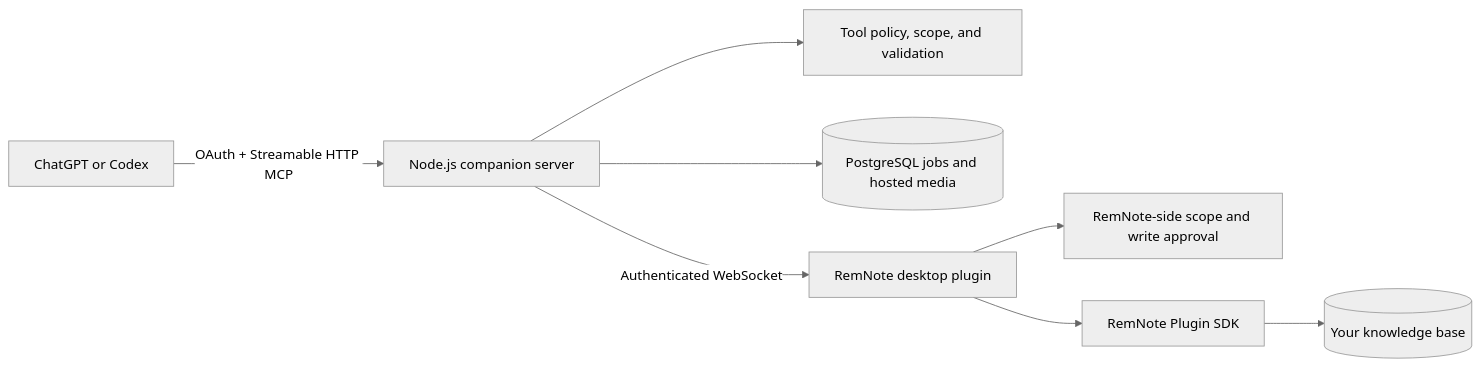
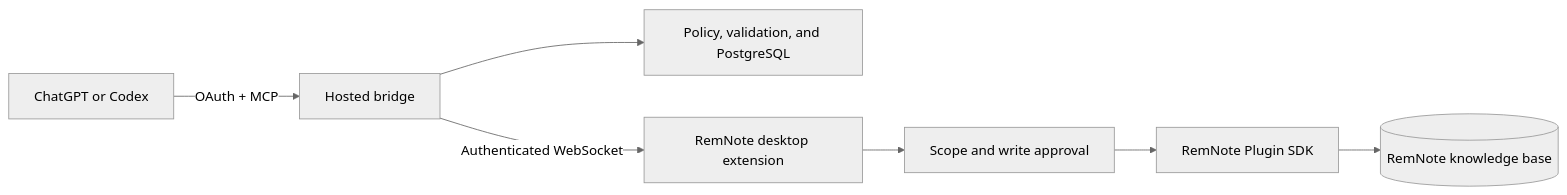
Before and after one commit to HTGit63/remnote-plugin-template-react: the diagram in README.md, drawn with Mermaid (neutral theme). The commit also changed other lines of this file and 1 other file, not shown here.

Commit message:
docs: finalize localhost setup and media guide

````diff
--- a/README.md
+++ b/README.md
@@ -39,10 +39,9 @@
 ```mermaid
 flowchart LR
-  A[ChatGPT or Codex] -->|OAuth + Streamable HTTP MCP| B[Node.js companion server]
-  B --> C[Tool policy, scope, and validation]
-  B --> D[(PostgreSQL jobs and hosted media)]
-  B -->|Authenticated WebSocket| E[RemNote desktop plugin]
-  E --> F[RemNote-side scope and write approval]
-  E --> G[RemNote Plugin SDK]
-  G --> H[(Your knowledge base)]
+  A[ChatGPT or Codex] -->|OAuth + MCP| B[Hosted bridge]
+  B --> C[Policy, validation, and PostgreSQL]
+  B -->|Authenticated WebSocket| D[RemNote desktop extension]
+  D --> E[Scope and write approval]
+  E --> F[RemNote Plugin SDK]
+  F --> G[(RemNote knowledge base)]
 ```
````
